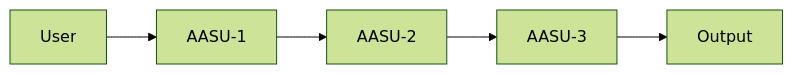
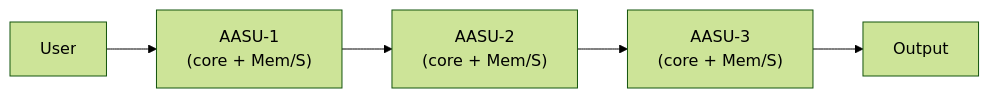
The second of 3 diagrams in README.md (SAISec/AASU), drawn with Mermaid (forest theme) before and after one commit. The commit also changed other lines of this file and 22 other files, not shown here.

Commit message:
Extend AASU PMRTK with memory/skill components and update docs/mermaid

````diff
--- a/README.md
+++ b/README.md
@@ -46,7 +51,7 @@
 ```mermaid
 flowchart LR
-  User --> A1[AASU-1]
-  A1 --> A2[AASU-2]
-  A2 --> A3[AASU-3]
+  User --> A1["AASU-1<br/>(core + Mem/S)"]
+  A1 --> A2["AASU-2<br/>(core + Mem/S)"]
+  A2 --> A3["AASU-3<br/>(core + Mem/S)"]
   A3 --> Output
 ```
````
